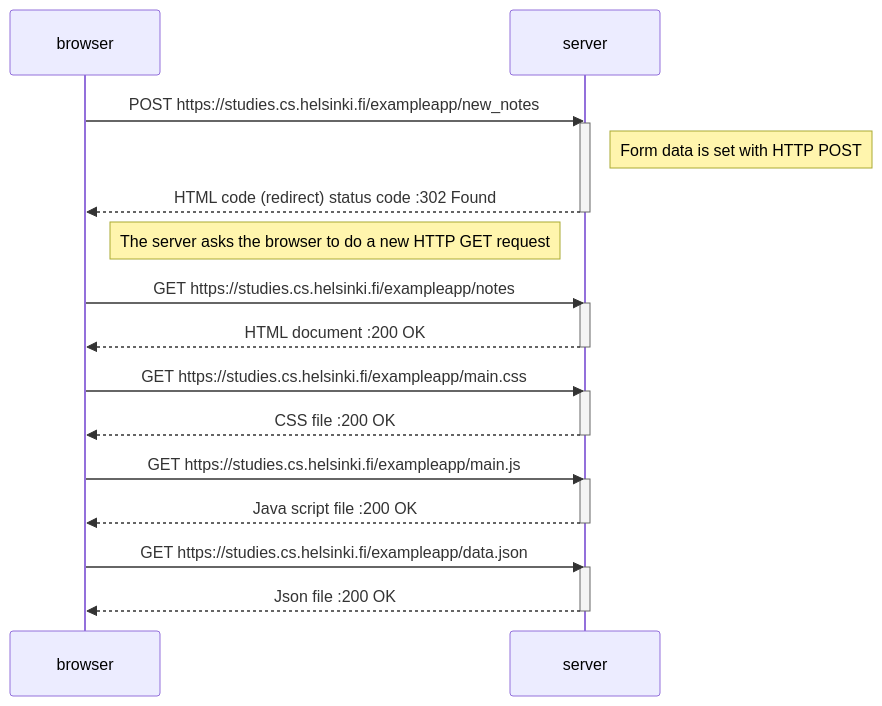
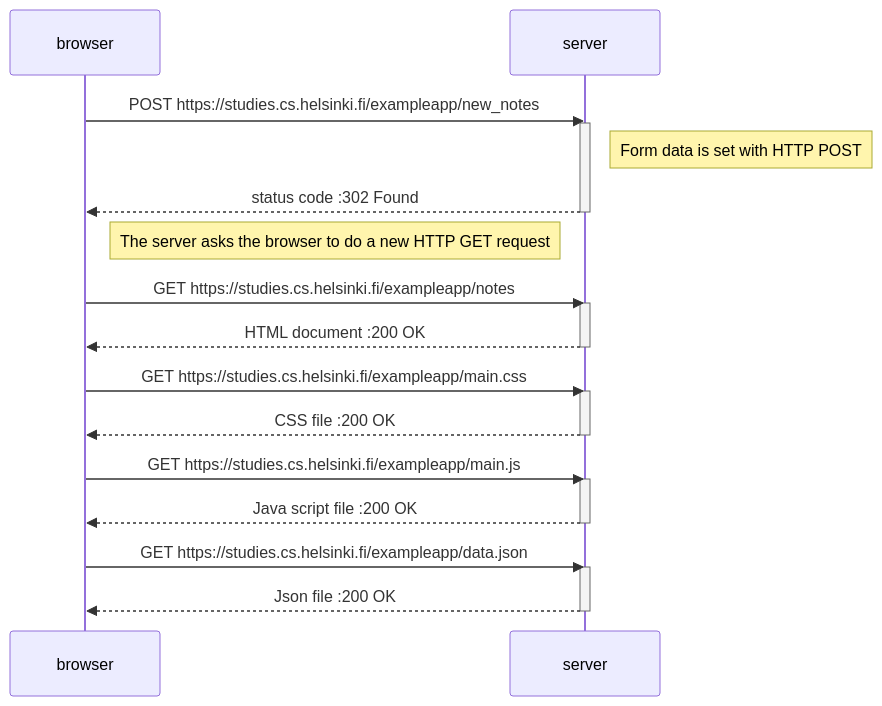
The diagram in 0.4.md (andersonkwok/git001), drawn with Mermaid before and after one commit.

````diff
--- a/0.4.md
+++ b/0.4.md
@@ -2,32 +2,32 @@
 ```mermaid
 sequenceDiagram
     participant browser
     participant server
 
     browser->>server: POST https://studies.cs.helsinki.fi/exampleapp/new_notes
     activate server
     Note right of server: Form data is set with HTTP POST
-    server-->>browser: HTML code (redirect) status code :302 Found
+    server-->>browser: status code :302 Found
     deactivate server
 
 Note right of browser:The server asks the browser to do a new HTTP GET request
     browser->>server: GET https://studies.cs.helsinki.fi/exampleapp/notes
     activate server
     server-->>browser: HTML document  :200 OK
     deactivate server
 
     browser->>server: GET https://studies.cs.helsinki.fi/exampleapp/main.css
     activate server
     server-->>browser: CSS file  :200 OK
     deactivate server
 
     browser->>server: GET https://studies.cs.helsinki.fi/exampleapp/main.js
     activate server
     server-->>browser: Java script file  :200 OK
     deactivate server
 
     browser->>server: GET https://studies.cs.helsinki.fi/exampleapp/data.json
     activate server
     server-->>browser: Json file  :200 OK
     deactivate server
 ```
````
